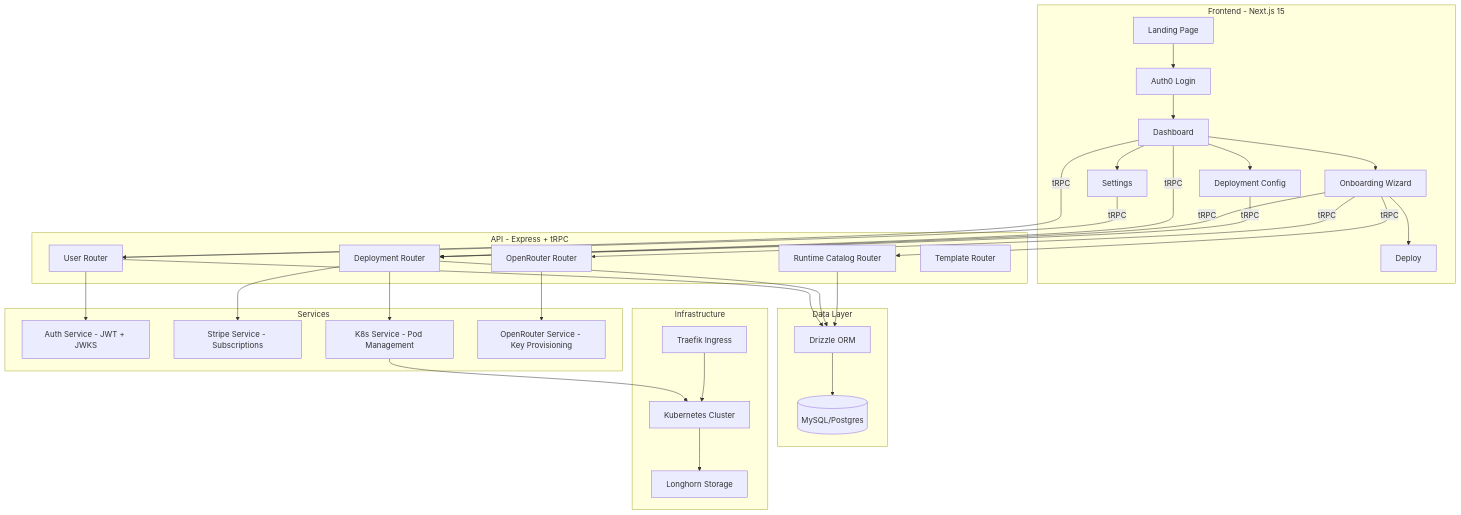
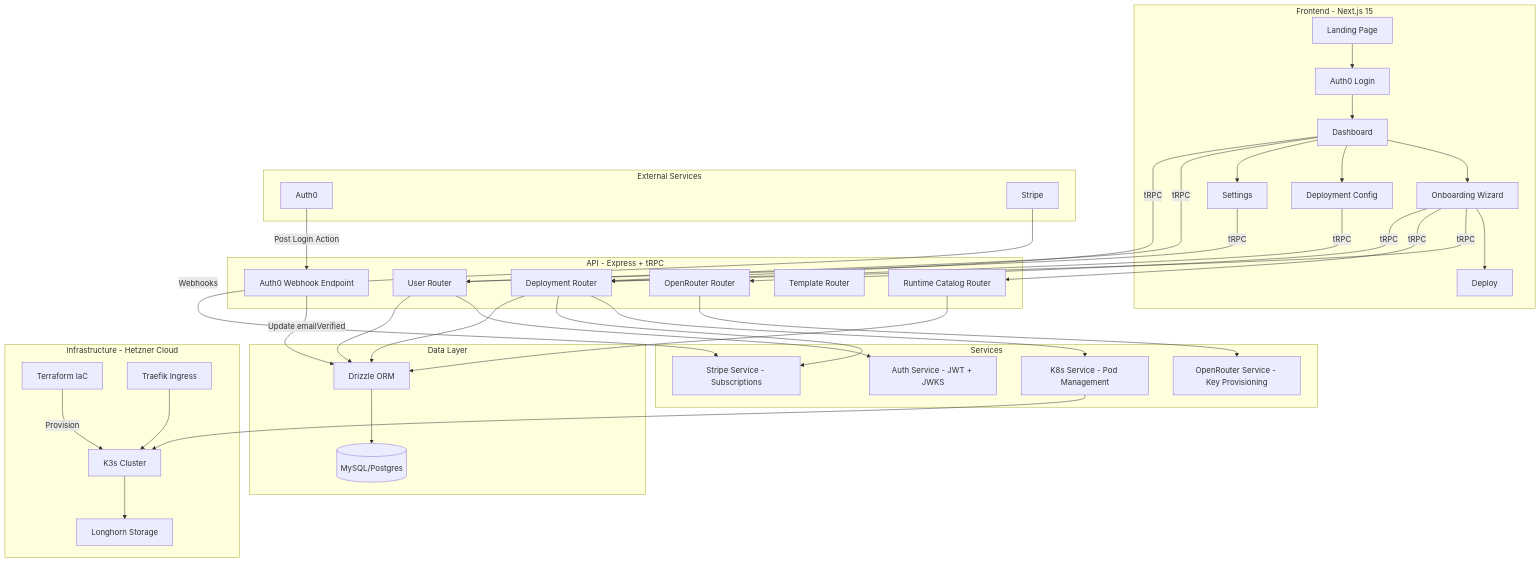
One commit to Bretthb/jarble changed the first of 11 diagrams in Jarble-mvp/docs/JARBLE_PLATFORM_OVERVIEW.md. Above: the diagram before and after it, drawn with Mermaid. The commit also changed other lines of this file, not shown here.

First line of the commit message:
Update platform overview with Terraform, Auth0 webhook, and infrastructure docs

````diff
--- a/Jarble-mvp/docs/JARBLE_PLATFORM_OVERVIEW.md
+++ b/Jarble-mvp/docs/JARBLE_PLATFORM_OVERVIEW.md
@@ -27,58 +27,70 @@
 ```mermaid
 graph TB
     subgraph "Frontend - Next.js 15"
         A[Landing Page] --> B[Auth0 Login]
         B --> C[Dashboard]
         C --> D[Onboarding Wizard]
         C --> E[Deployment Config]
         C --> F[Settings]
         D --> G[Deploy]
     end
 
     subgraph "API - Express + tRPC"
         H[User Router]
         I[Deployment Router]
         J[Runtime Catalog Router]
         K[OpenRouter Router]
         L[Template Router]
+        WH[Auth0 Webhook Endpoint]
     end
 
     subgraph "Services"
         M[Auth Service - JWT + JWKS]
         N[Stripe Service - Subscriptions]
         O[K8s Service - Pod Management]
         P[OpenRouter Service - Key Provisioning]
     end
 
     subgraph "Data Layer"
         Q[(MySQL/Postgres)]
         R[Drizzle ORM]
     end
 
-    subgraph "Infrastructure"
-        S[Kubernetes Cluster]
+    subgraph "Infrastructure - Hetzner Cloud"
+        TF[Terraform IaC]
+        S[K3s Cluster]
         T[Longhorn Storage]
         U[Traefik Ingress]
+    end
+
+    subgraph "External Services"
+        AUTH0[Auth0]
+        STRIPE[Stripe]
     end
 
     C -->|tRPC| H
     C -->|tRPC| I
     D -->|tRPC| I
     D -->|tRPC| J
     D -->|tRPC| K
     E -->|tRPC| I
     F -->|tRPC| H
 
+    AUTH0 -->|Post Login Action| WH
+    WH -->|Update emailVerified| R
+    STRIPE -->|Webhooks| N
+
     H --> M
     I --> O
     I --> N
     K --> P
     H --> R
     I --> R
     J --> R
     R --> Q
 
+    TF -->|Provision| S
     O --> S
     S --> T
     U --> S
 ```
````
